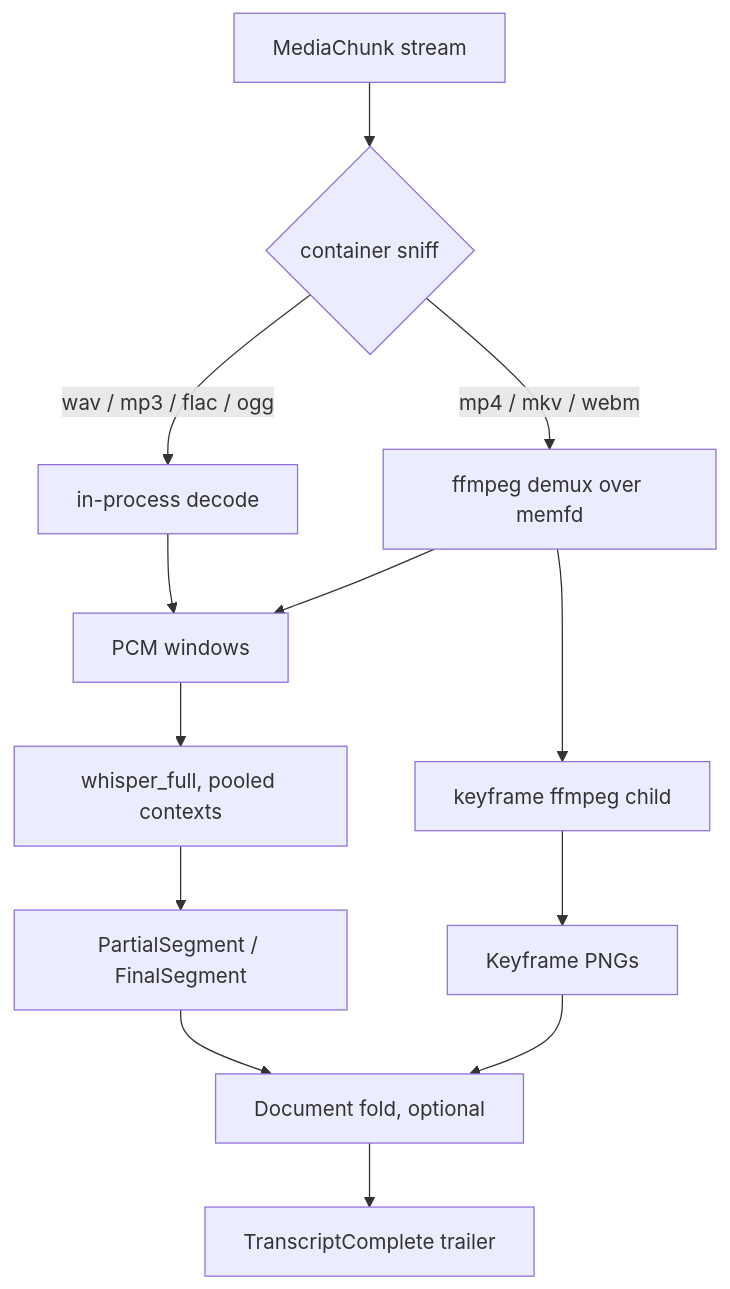
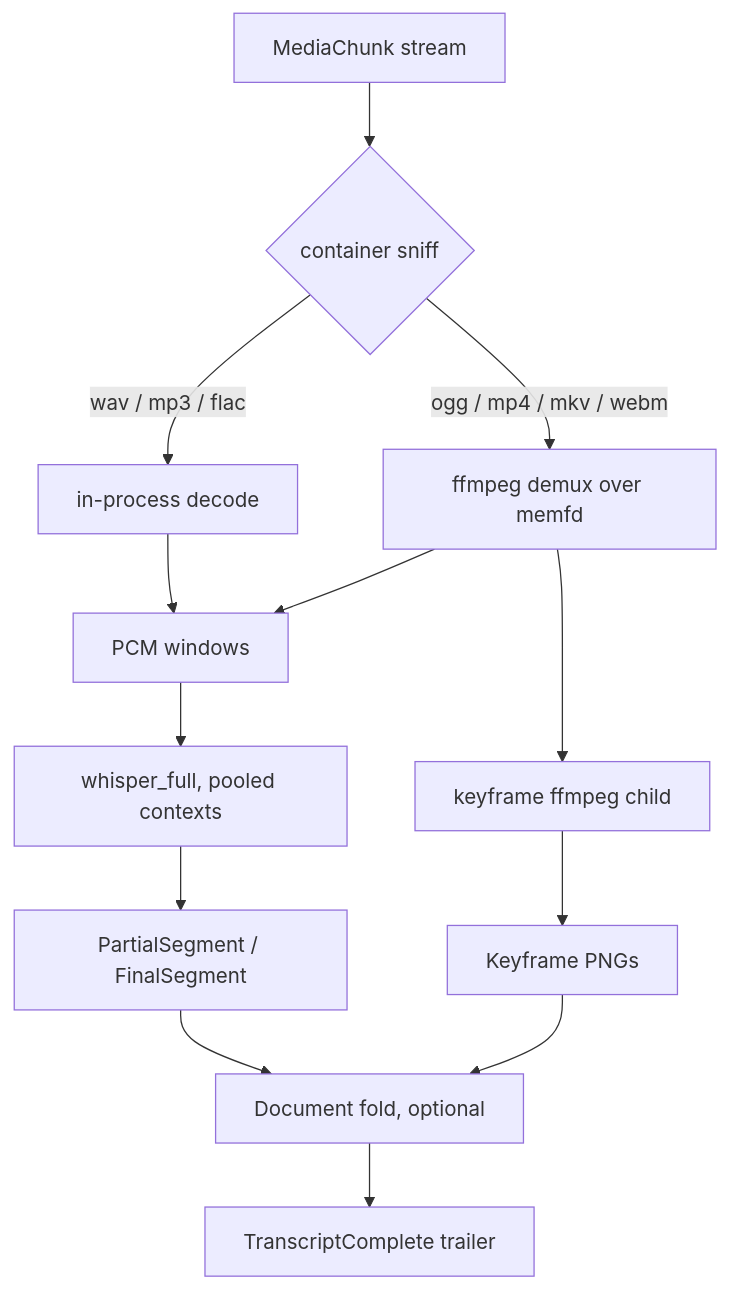
Before and after one commit to ai-pipestream/grpc-asr: the diagram in docs/architecture.md, drawn with Mermaid. The commit also changed 8 other files, not shown here.

````diff
--- a/docs/architecture.md
+++ b/docs/architecture.md
@@ -17,15 +17,15 @@
 ```mermaid
 flowchart TD
     A[MediaChunk stream] --> B{container sniff}
-    B -->|wav / mp3 / flac / ogg| C[in-process decode]
-    B -->|mp4 / mkv / webm| D[ffmpeg demux over memfd]
+    B -->|wav / mp3 / flac| C[in-process decode]
+    B -->|ogg / mp4 / mkv / webm| D[ffmpeg demux over memfd]
     C --> E[PCM windows]
     D --> E
     D --> K[keyframe ffmpeg child]
     E --> F[whisper_full, pooled contexts]
     F --> G[PartialSegment / FinalSegment]
     K --> H[Keyframe PNGs]
     G --> I[Document fold, optional]
     H --> I
     I --> J[TranscriptComplete trailer]
 ```
````
